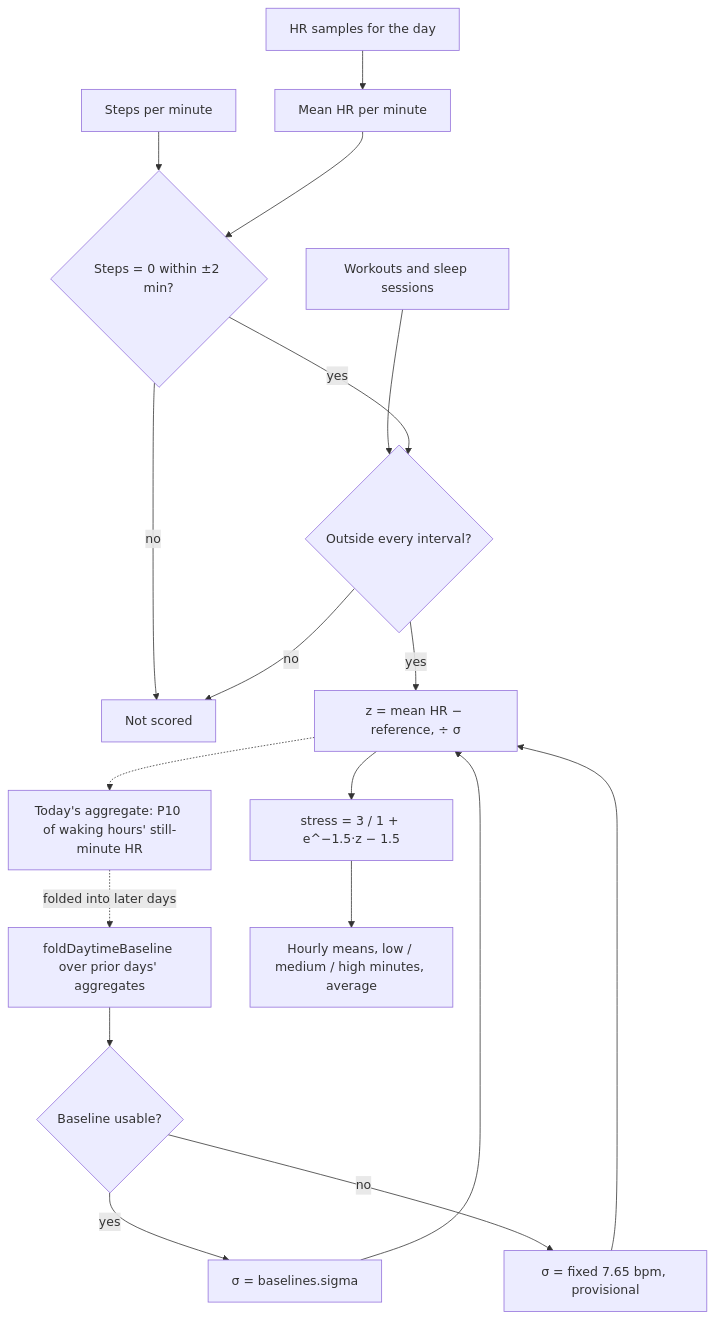
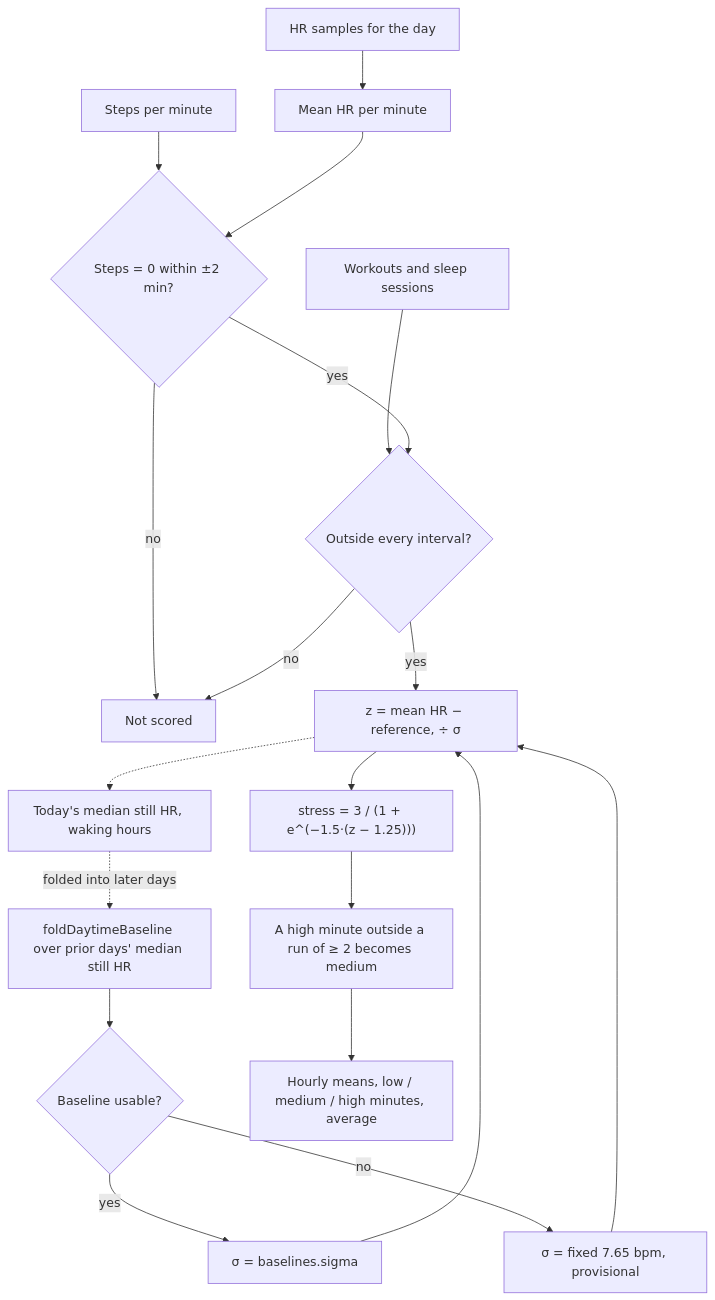
Before and after one commit to RohitDhatrak/pulse: the diagram in docs/algorithms/stress.md, drawn with Mermaid. The commit also changed other lines of this file and 10 other files, not shown here.

````diff
--- a/docs/algorithms/stress.md
+++ b/docs/algorithms/stress.md
@@ -14,20 +16,21 @@
 ```mermaid
 flowchart TB
   HR[HR samples for the day] --> MM[Mean HR per minute]
   ST[Steps per minute] --> STILL{Steps = 0 within ±2 min?}
   EX[Workouts and sleep sessions] --> OUT{Outside every interval?}
   MM --> STILL
   STILL -->|yes| OUT
   STILL -->|no| SKIP[Not scored]
   OUT -->|no| SKIP
   OUT -->|yes| Z[z = mean HR − reference, ÷ σ]
-  BL[foldDaytimeBaseline over prior days' aggregates] --> U{Baseline usable?}
+  BL[foldDaytimeBaseline over prior days' median still HR] --> U{Baseline usable?}
   U -->|yes| PS[σ = baselines.sigma]
   U -->|no| FS[σ = fixed 7.65 bpm, provisional]
   PS --> Z
   FS --> Z
-  Z --> L[stress = 3 / 1 + e^−1.5·z − 1.5]
-  L --> SUM[Hourly means, low / medium / high minutes, average]
-  Z -.-> AGG[Today's aggregate: P10 of waking hours' still-minute HR]
-  AGG -.->|folded into later days| BL
+  Z --> L["stress = 3 / (1 + e^(−1.5·(z − 1.25)))"]
+  L --> RUN[A high minute outside a run of ≥ 2 becomes medium]
+  RUN --> SUM[Hourly means, low / medium / high minutes, average]
+  Z -.-> MED[Today's median still HR, waking hours]
+  MED -.->|folded into later days| BL
 ```
````
